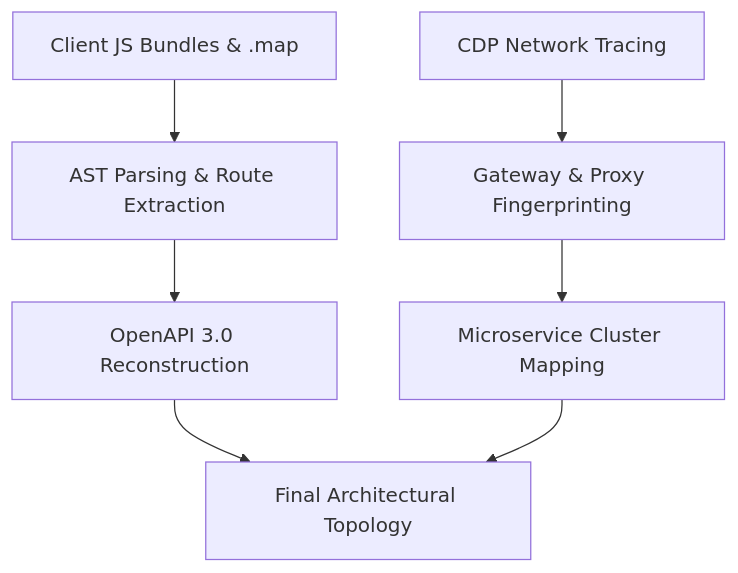
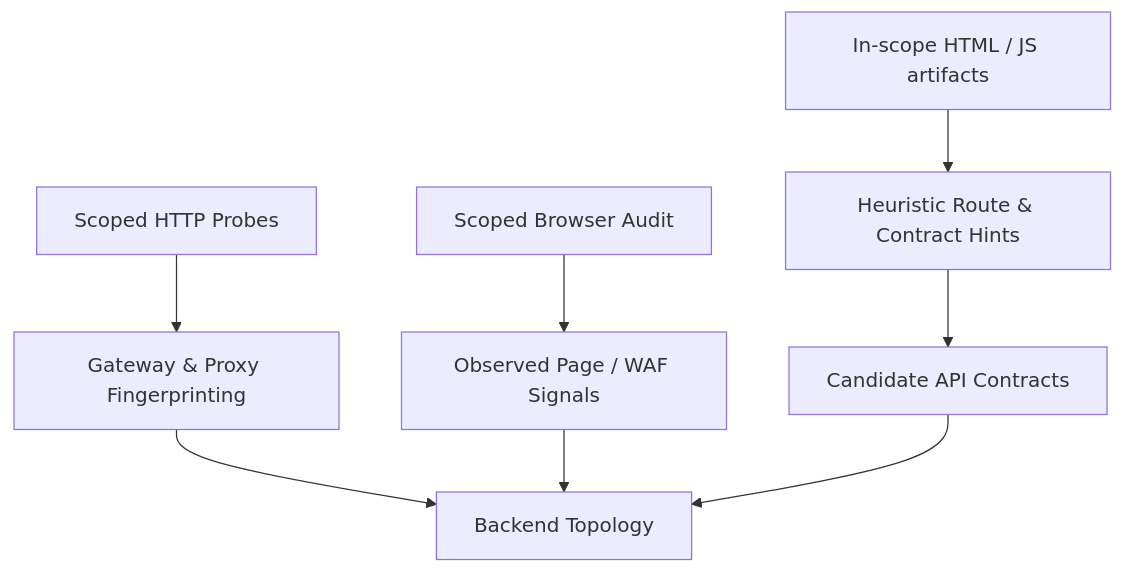
One commit to Lotargo/security_audit_plugin changed the diagram in skills/backend-topology-cartography/SKILL.md. Above: the diagram before and after it, drawn with Mermaid. The commit also changed other lines of this file, not shown here.

Commit message:
docs: remove nonexistent bundle extraction workflow

````diff
--- a/skills/backend-topology-cartography/SKILL.md
+++ b/skills/backend-topology-cartography/SKILL.md
@@ -13,9 +13,10 @@
 ```mermaid
 flowchart TD
-    Bundles[Client JS Bundles & .map] --> AST[AST Parsing & Route Extraction]
-    CDP[CDP Network Tracing] --> Gateway[Gateway & Proxy Fingerprinting]
-    AST --> OpenAPI[OpenAPI 3.0 Reconstruction]
-    Gateway --> Microservices[Microservice Cluster Mapping]
-    OpenAPI --> Topology[Final Architectural Topology]
-    Microservices --> Topology
+    Entry[In-scope HTML / JS artifacts] --> Hints[Heuristic Route & Contract Hints]
+    Probe[Scoped HTTP Probes] --> Gateway[Gateway & Proxy Fingerprinting]
+    Browser[Scoped Browser Audit] --> Runtime[Observed Page / WAF Signals]
+    Hints --> Contracts[Candidate API Contracts]
+    Gateway --> Topology[Backend Topology]
+    Runtime --> Topology
+    Contracts --> Topology
 ```
````
